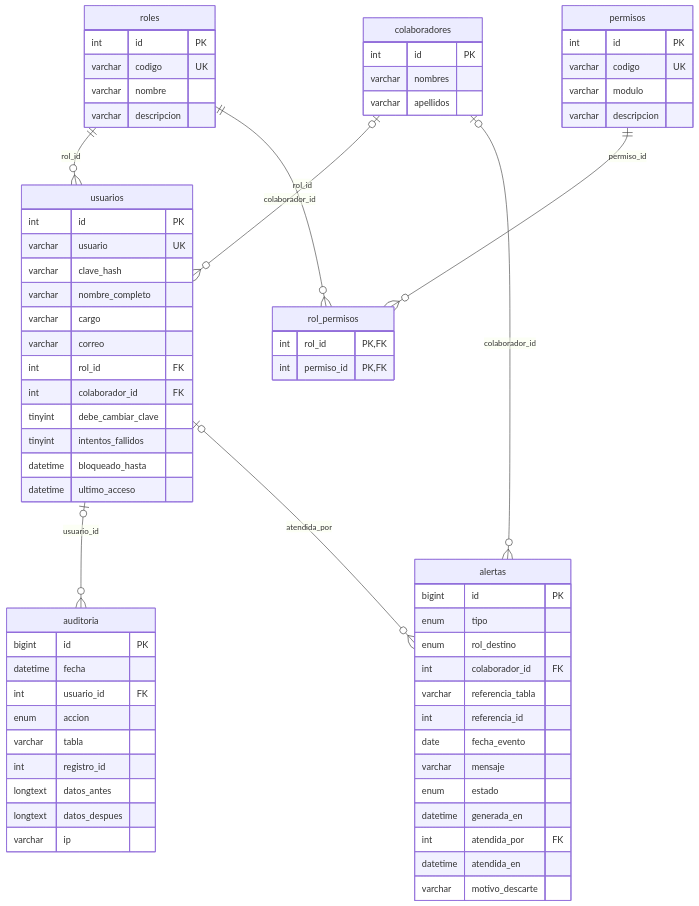
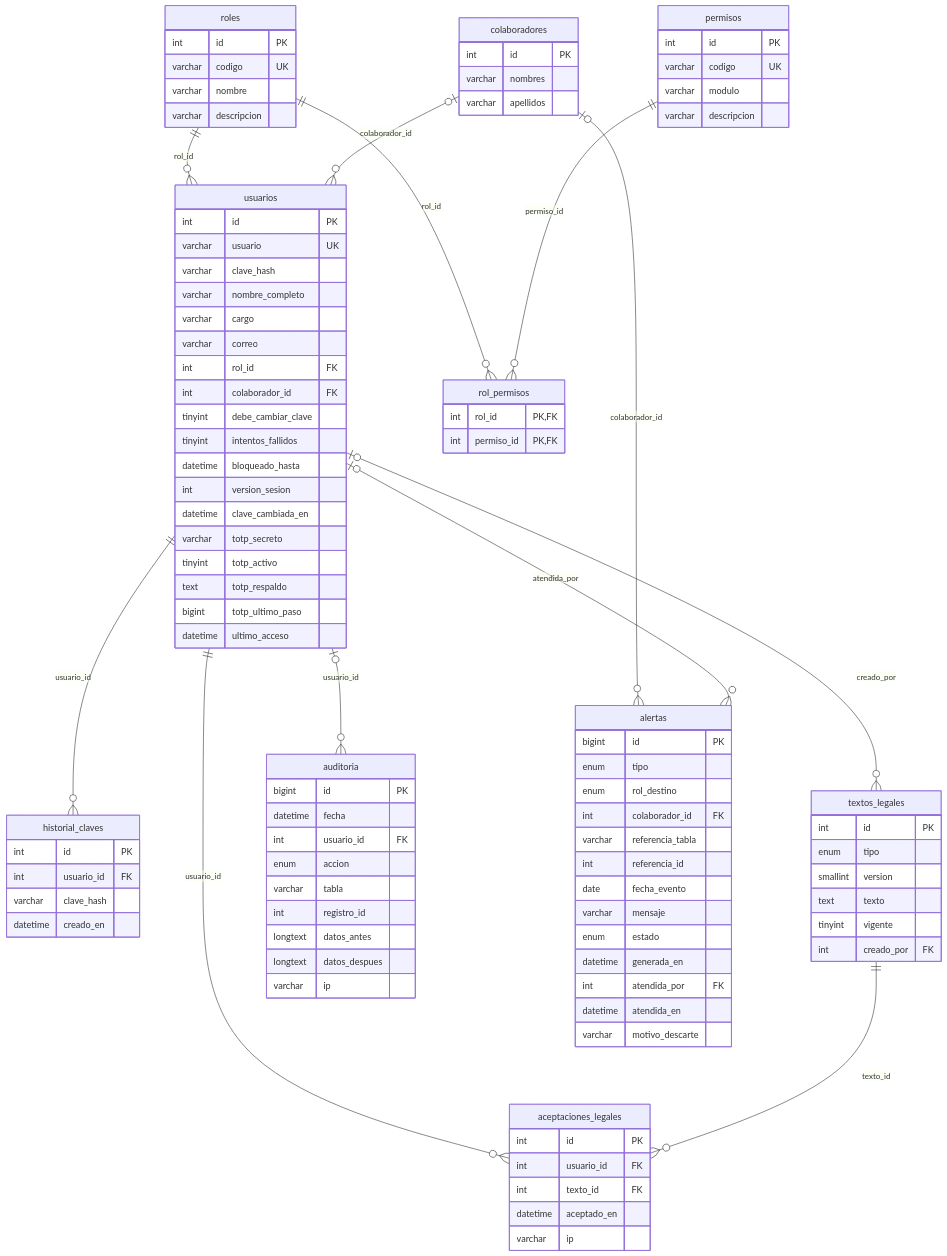
The diagram in docs/diagramas/er_3_seguridad_alertas.mmd (angiedramirez15-gif/Sgth), drawn with Mermaid before and after one commit. The commit also changed 60 other files, not shown here.

```diff
--- a/docs/diagramas/er_3_seguridad_alertas.mmd
+++ b/docs/diagramas/er_3_seguridad_alertas.mmd
@@ -1,69 +1,100 @@
 erDiagram
   usuarios {
     int id PK
     varchar usuario UK
     varchar clave_hash
     varchar nombre_completo
     varchar cargo
     varchar correo
     int rol_id FK
     int colaborador_id FK
     tinyint debe_cambiar_clave
     tinyint intentos_fallidos
     datetime bloqueado_hasta
+    int version_sesion
+    datetime clave_cambiada_en
+    varchar totp_secreto
+    tinyint totp_activo
+    text totp_respaldo
+    bigint totp_ultimo_paso
     datetime ultimo_acceso
+  }
+  historial_claves {
+    int id PK
+    int usuario_id FK
+    varchar clave_hash
+    datetime creado_en
+  }
+  textos_legales {
+    int id PK
+    enum tipo
+    smallint version
+    text texto
+    tinyint vigente
+    int creado_por FK
+  }
+  aceptaciones_legales {
+    int id PK
+    int usuario_id FK
+    int texto_id FK
+    datetime aceptado_en
+    varchar ip
   }
   roles {
     int id PK
     varchar codigo UK
     varchar nombre
     varchar descripcion
   }
   permisos {
     int id PK
     varchar codigo UK
     varchar modulo
     varchar descripcion
   }
   rol_permisos {
     int rol_id PK,FK
     int permiso_id PK,FK
   }
   auditoria {
     bigint id PK
     datetime fecha
     int usuario_id FK
     enum accion
     varchar tabla
     int registro_id
     longtext datos_antes
     longtext datos_despues
     varchar ip
   }
   alertas {
     bigint id PK
     enum tipo
     enum rol_destino
     int colaborador_id FK
     varchar referencia_tabla
     int referencia_id
     date fecha_evento
     varchar mensaje
     enum estado
     datetime generada_en
     int atendida_por FK
     datetime atendida_en
     varchar motivo_descarte
   }
   colaboradores {
     int id PK
     varchar nombres
     varchar apellidos
   }
   roles ||--o{ usuarios : "rol_id"
   colaboradores |o--o{ usuarios : "colaborador_id"
   roles ||--o{ rol_permisos : "rol_id"
   permisos ||--o{ rol_permisos : "permiso_id"
   usuarios |o--o{ auditoria : "usuario_id"
   colaboradores |o--o{ alertas : "colaborador_id"
   usuarios |o--o{ alertas : "atendida_por"
+  usuarios ||--o{ historial_claves : "usuario_id"
+  usuarios ||--o{ aceptaciones_legales : "usuario_id"
+  textos_legales ||--o{ aceptaciones_legales : "texto_id"
+  usuarios |o--o{ textos_legales : "creado_por"
```
